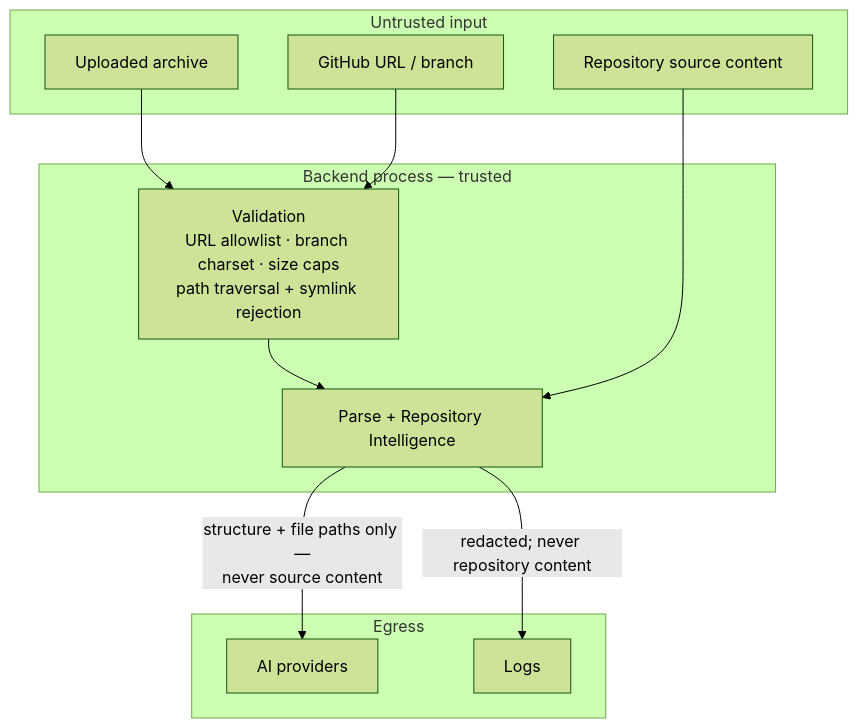
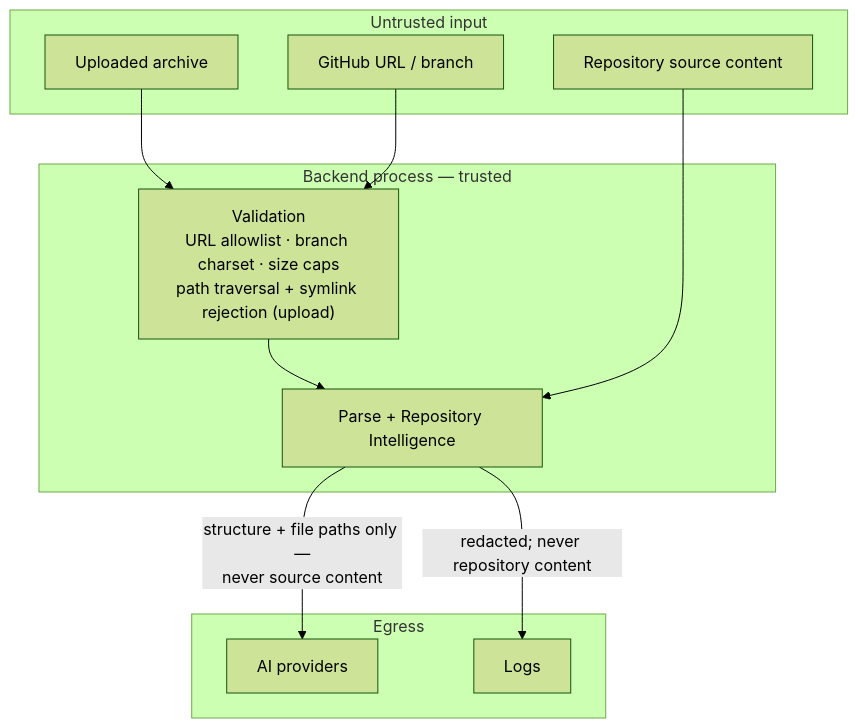
Before and after one commit to Second-Origin/PARTHA: the fourth of 4 diagrams in docs/architecture/SYSTEM_OVERVIEW.md, drawn with Mermaid (forest theme). The commit also changed other lines of this file, not shown here.

First line of the commit message:
docs(system-overview): scope symlink-escape claim to upload; clone gap tracked in #182

````diff
--- a/docs/architecture/SYSTEM_OVERVIEW.md
+++ b/docs/architecture/SYSTEM_OVERVIEW.md
@@ -214,25 +214,25 @@
 ```mermaid
 flowchart TB
     subgraph Untrusted["Untrusted input"]
         Archive["Uploaded archive"]
         RepoURL["GitHub URL / branch"]
         Source["Repository source content"]
     end
 
     subgraph Backend["Backend process — trusted"]
-        Validate["Validation<br/>URL allowlist · branch charset · size caps<br/>path traversal + symlink rejection"]
+        Validate["Validation<br/>URL allowlist · branch charset · size caps<br/>path traversal + symlink rejection (upload)"]
         Engine["Parse + Repository Intelligence"]
     end
 
     subgraph Out["Egress"]
         Providers["AI providers"]
         Logs["Logs"]
     end
 
     Archive --> Validate
     RepoURL --> Validate
     Validate --> Engine
     Source --> Engine
     Engine -->|"structure + file paths only —<br/>never source content"| Providers
     Engine -->|"redacted; never repository content"| Logs
 ```
````
